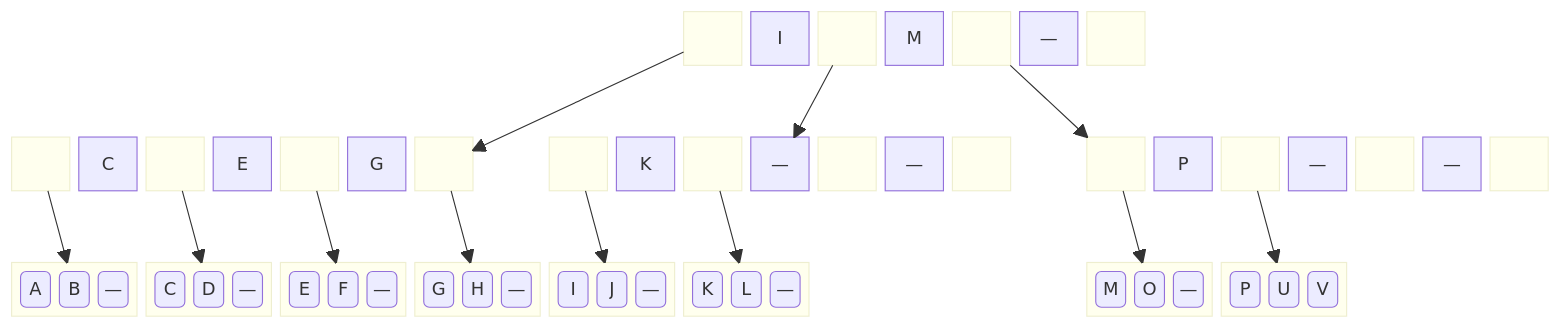
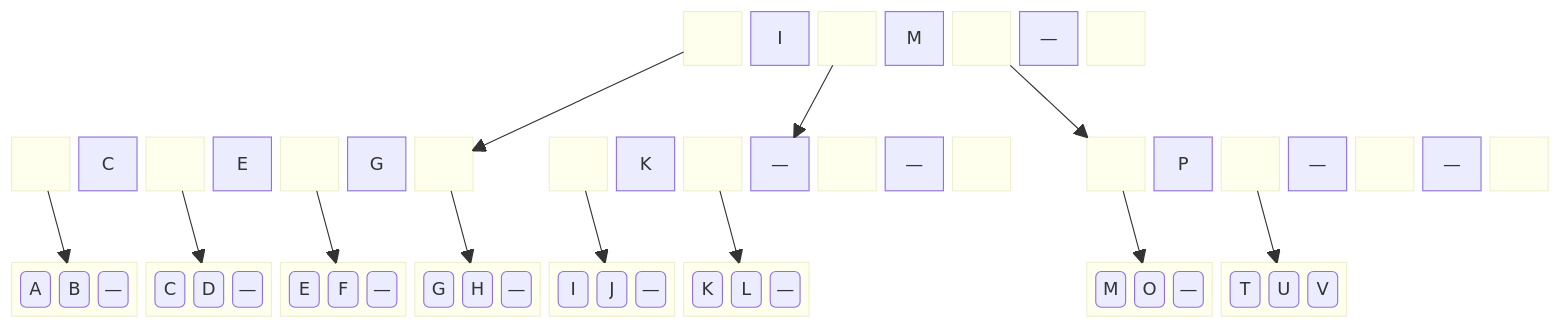
Before and after one commit to BenhurUFSM/pod26b: diagram 12 of 12 in Assuntos/busca-ext.md, drawn with Mermaid. The commit also changed other lines of this file, not shown here.

````diff
--- a/Assuntos/busca-ext.md
+++ b/Assuntos/busca-ext.md
@@ -312,38 +320,38 @@
 ```mermaid
 block
   columns 23
   space:10
   block:rl1 space end ra["I"] block:rl2 space end rb["M"] block:rl3 space end rc["—"] block:rl4 space end
   space:6
   space:23
 
   block:i1l1 space end i1a["C"] block:i1l2 space end i1b["E"] block:i1l3 space end i1c["G"] block:i1l4 space end
   space
   block:i2l1 space end i2a["K"] block:i2l2 space end i2b["—"] block:i2l3 space end i2c["—"] block:i2l4 space end
   space
   block:i3l1 space end i3a["P"] block:i3l2 space end i3b["—"] block:i3l3 space end i3c["—"] block:i3l4 space end
   space:23
 
   block:f1:2 f1a("A") f1b("B") f1c("—") end
   block:f7:2 f7a("C") f7b("D") f7c("—") end
   block:f5:2 f5a("E") f5b("F") f5c("—") end
   block:f3:2 f3a("G") f3b("H") f3c("—") end
   block:f6:2 f6a("I") f6b("J") f6c("—") end
   block:f4:2 f4a("K") f4b("L") f4c("—") end
   space:4
   block:f8:2 f8a("M") f8b("O") f8c("—") end
-  block:f2:2 f2a("P") f2b("U") f2c("V") end
+  block:f2:2 f2a("T") f2b("U") f2c("V") end
   space:3
 
   rl1-->i1l4
   rl2-->i2b
   rl3-->i3l1
   i1l1-->f1
   i1l2-->f7
   i1l3-->f5
   i1l4-->f3
   i2l1-->f6
   i2l2-->f4
   i3l1-->f8
   i3l2-->f2
 ```
````
